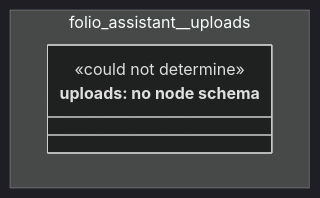
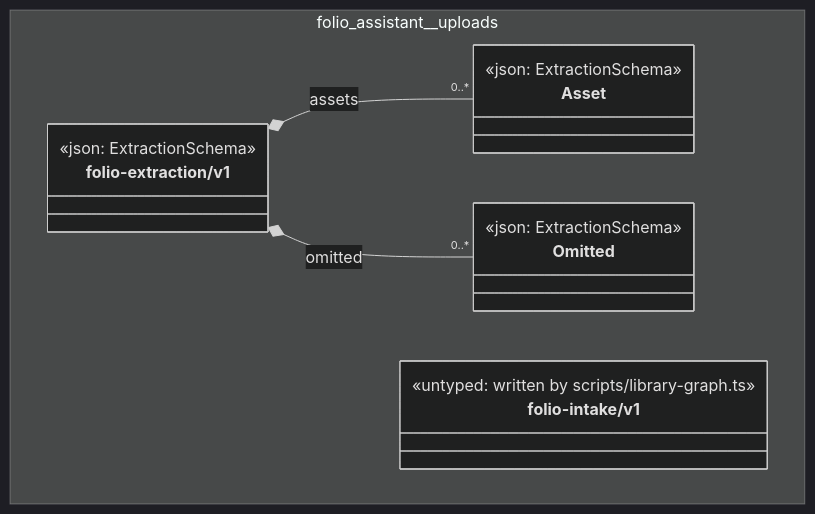
Before and after one commit to litlfred/folio-assistant: the diagram in cat-harness/docs/uml/overview/folio-assistant.md, drawn with Mermaid (dark theme). The commit also changed other lines of this file and 220 other files, not shown here.

First line of the commit message:
quda: register node schemas for the graph kinds that had none

````diff
--- a/cat-harness/docs/uml/overview/folio-assistant.md
+++ b/cat-harness/docs/uml/overview/folio-assistant.md
@@ -12,11 +12,24 @@
 ```mermaid
 classDiagram
   direction TB
   namespace folio_assistant__uploads {
-    class n_folio_assistant_uploads_uploads["uploads: no node schema"] {
-      <<could not determine>>
+    class folio_assistant_uploads_folio_extraction_v1_Asset["Asset"] {
+      <<json: ExtractionSchema>>
+    }
+    class folio_assistant_uploads_folio_extraction_v1_Omitted["Omitted"] {
+      <<json: ExtractionSchema>>
+    }
+    class folio_assistant_uploads_folio_extraction_v1_folio_extraction_v1["folio-extraction/v1"] {
+      <<json: ExtractionSchema>>
+    }
+    class folio_assistant_uploads_folio_intake_v1["folio-intake/v1"] {
+      <<untyped: written by scripts/library-graph.ts>>
     }
   }
-  cssClass "n_folio_assistant_uploads_uploads" fa_uml_kind_uploads
-  cssClass "n_folio_assistant_uploads_uploads" fa_uml_undetermined
+  folio_assistant_uploads_folio_extraction_v1_folio_extraction_v1 *-- "0..*" folio_assistant_uploads_folio_extraction_v1_Asset : assets
+  folio_assistant_uploads_folio_extraction_v1_folio_extraction_v1 *-- "0..*" folio_assistant_uploads_folio_extraction_v1_Omitted : omitted
+  cssClass "folio_assistant_uploads_folio_extraction_v1_Asset" fa_uml_kind_uploads
+  cssClass "folio_assistant_uploads_folio_extraction_v1_Omitted" fa_uml_kind_uploads
+  cssClass "folio_assistant_uploads_folio_extraction_v1_folio_extraction_v1" fa_uml_kind_uploads
+  cssClass "folio_assistant_uploads_folio_intake_v1" fa_uml_kind_uploads
 ```
````
